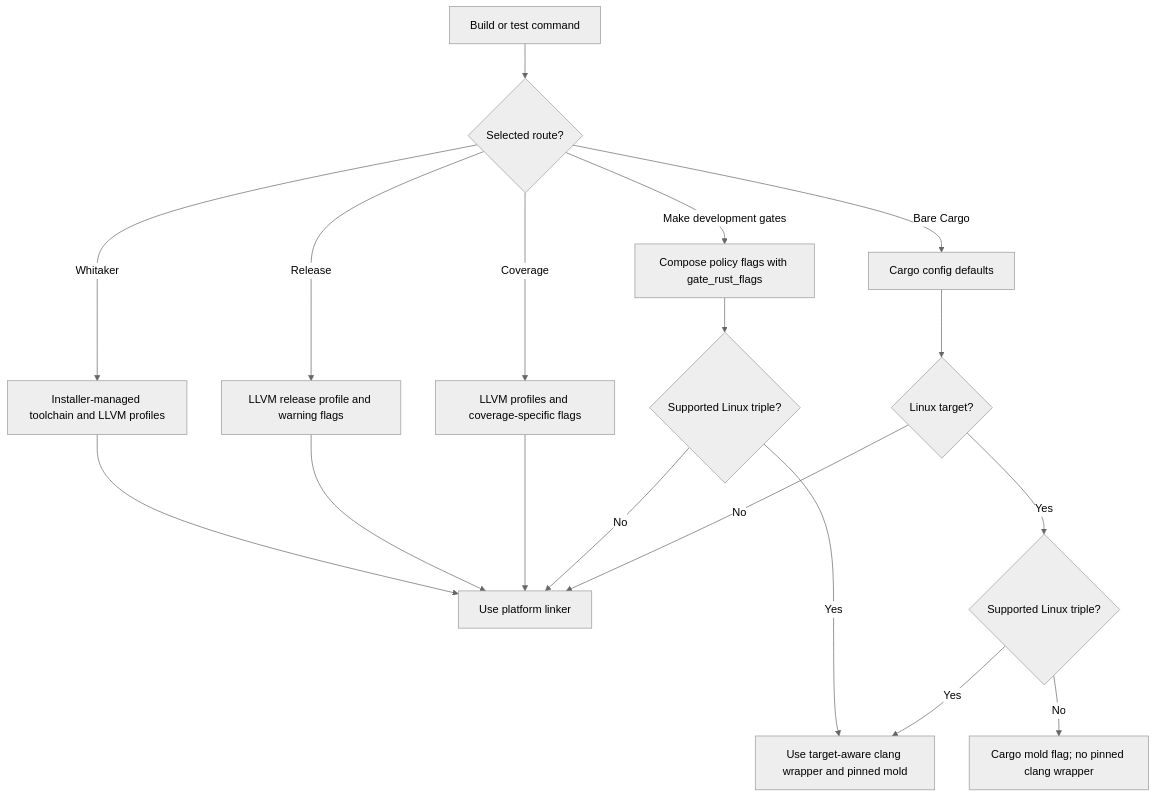
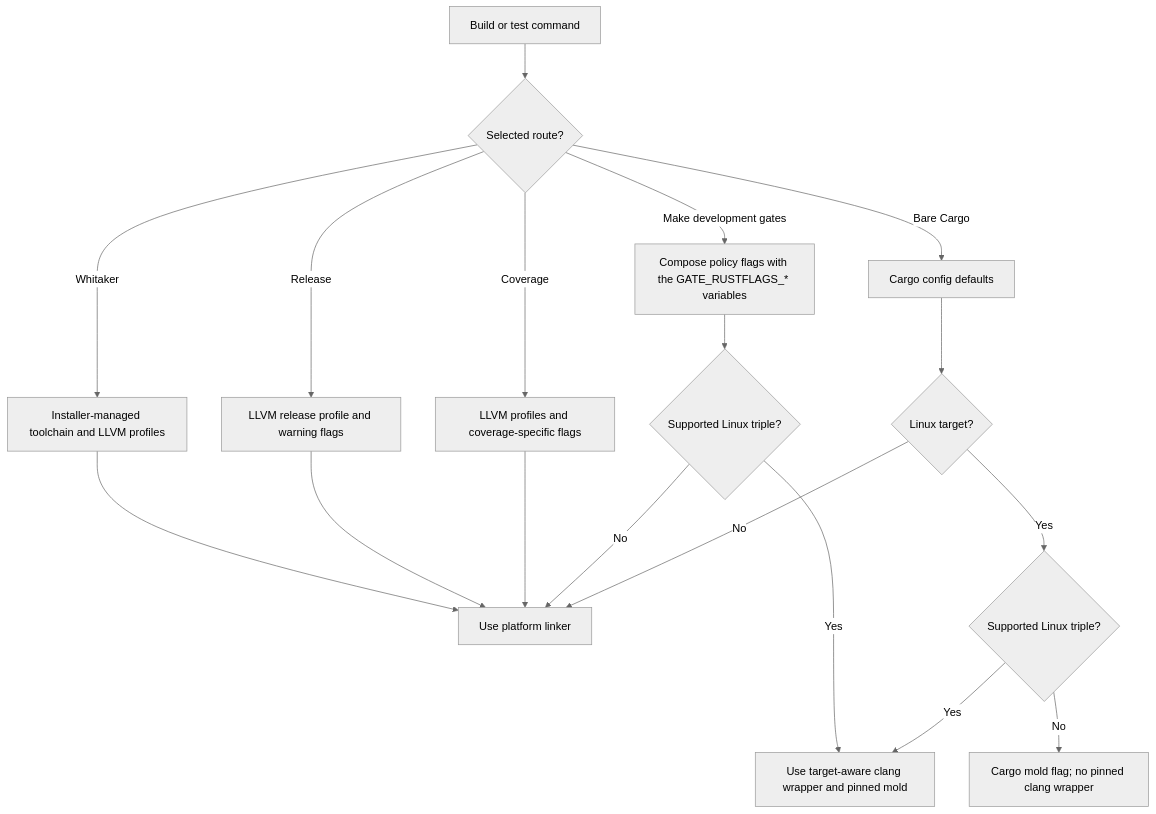
The diagram in docs/developers-guide.md (leynos/mapsplice), drawn with Mermaid (neutral theme) before and after one commit. The commit also changed other lines of this file and 17 other files, not shown here.

````diff
--- a/docs/developers-guide.md
+++ b/docs/developers-guide.md
@@ -248,28 +248,28 @@
 ```mermaid
 flowchart TD
     accTitle: Mapsplice compiler flag and linker routes
     accDescr {
         Bare Cargo and Make development gates follow separate flag routes.
         Supported Linux triples use target-aware Clang wrappers and pinned mold.
         Bare Cargo on other Linux triples keeps the Cargo mold flag without a pinned wrapper.
         Make routes use the platform linker for unsupported triples; coverage, release,
         and Whitaker use separate LLVM routes without development frontend or mold flags.
     }
     Start[Build or test command] --> Route{Selected route?}
     Route -->|Bare Cargo| Config[Cargo config defaults]
-    Route -->|Make development gates| Compose[Compose policy flags with gate_rust_flags]
+    Route -->|Make development gates| Compose[Compose policy flags with the GATE_RUSTFLAGS_* variables]
     Route -->|Coverage| Coverage[LLVM profiles and coverage-specific flags]
     Route -->|Release| Release[LLVM release profile and warning flags]
     Route -->|Whitaker| Whitaker[Installer-managed toolchain and LLVM profiles]
     Config --> CargoLinux{Linux target?}
     CargoLinux -->|No| Platform[Use platform linker]
     CargoLinux -->|Yes| CargoTriple{Supported Linux triple?}
     CargoTriple -->|Yes| Mold[Use target-aware clang wrapper and pinned mold]
     CargoTriple -->|No| Unsupported["Cargo mold flag; no pinned clang wrapper"]
     Compose --> MakeTriple{Supported Linux triple?}
     MakeTriple -->|Yes| Mold
     MakeTriple -->|No| Platform
     Coverage --> Platform
     Release --> Platform
     Whitaker --> Platform
 ```
````
